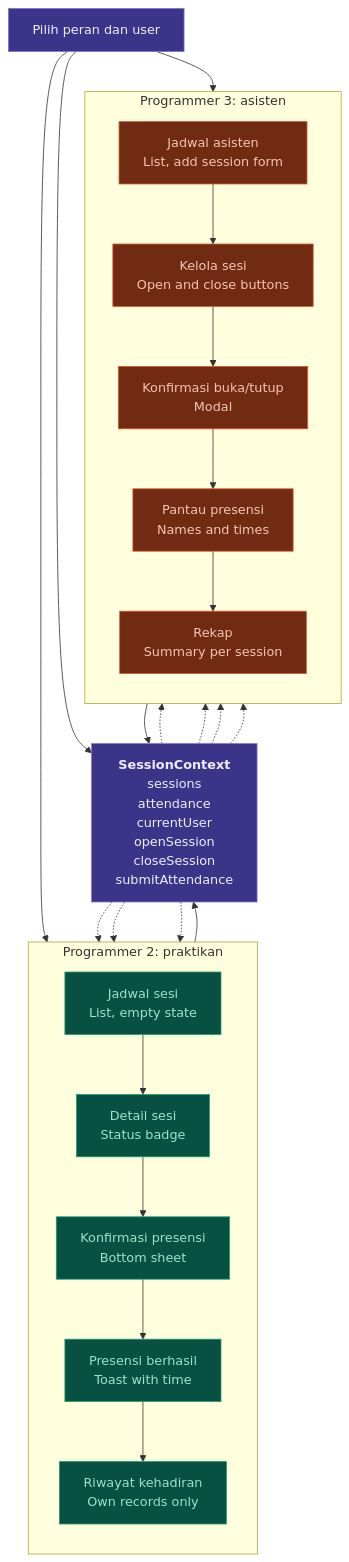
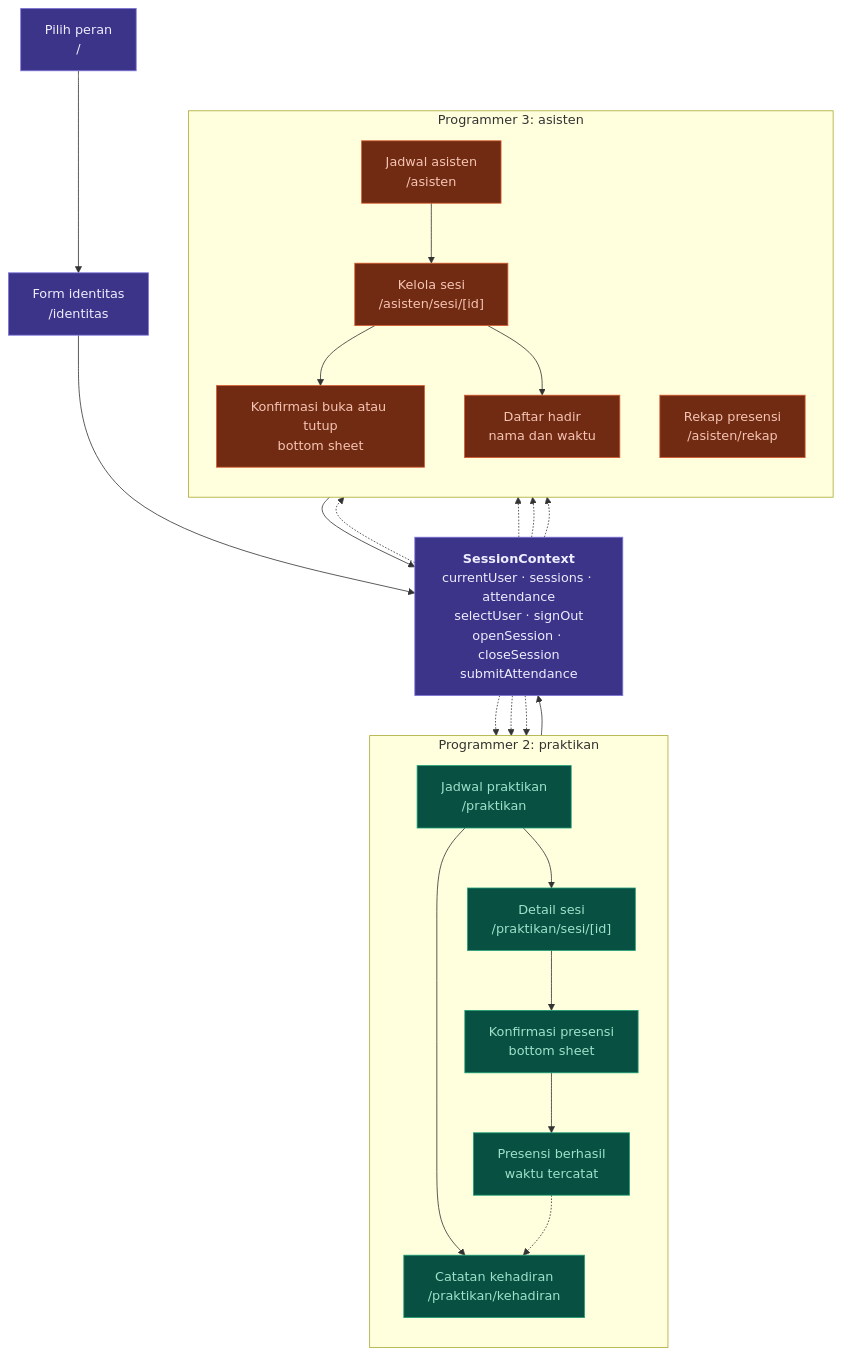
One commit to TahuatauTempeh/PPK-Praktikum-After-UTS changed the diagram in rancangan-pembagian-tugas.md. Above: the diagram before and after it, drawn with Mermaid. The commit also changed other lines of this file, not shown here.

````diff
--- a/rancangan-pembagian-tugas.md
+++ b/rancangan-pembagian-tugas.md
@@ -148,48 +353,52 @@
 ```mermaid
 flowchart TB
-    START["Pilih peran dan user"]
+    START["Pilih peran<br/>/"]
+    IDENT["Form identitas<br/>/identitas"]
 
-    CTX["<b>SessionContext</b><br/>sessions<br/>attendance<br/>currentUser<br/>openSession<br/>closeSession<br/>submitAttendance"]
+    CTX["<b>SessionContext</b><br/>currentUser · sessions · attendance<br/>selectUser · signOut<br/>openSession · closeSession<br/>submitAttendance"]
 
     subgraph P2["Programmer 2: praktikan"]
         direction TB
-        A1["Jadwal sesi<br/>List, empty state"]
-        A2["Detail sesi<br/>Status badge"]
-        A3["Konfirmasi presensi<br/>Bottom sheet"]
-        A4["Presensi berhasil<br/>Toast with time"]
-        A5["Riwayat kehadiran<br/>Own records only"]
-        A1 --> A2 --> A3 --> A4 --> A5
+        A1["Jadwal praktikan<br/>/praktikan"]
+        A2["Detail sesi<br/>/praktikan/sesi/[id]"]
+        A3["Konfirmasi presensi<br/>bottom sheet"]
+        A4["Presensi berhasil<br/>waktu tercatat"]
+        A5["Catatan kehadiran<br/>/praktikan/kehadiran"]
+        A1 --> A2 --> A3 --> A4
+        A1 --> A5
     end
 
     subgraph P3["Programmer 3: asisten"]
         direction TB
-        B1["Jadwal asisten<br/>List, add session form"]
-        B2["Kelola sesi<br/>Open and close buttons"]
-        B3["Konfirmasi buka/tutup<br/>Modal"]
-        B4["Pantau presensi<br/>Names and times"]
-        B5["Rekap<br/>Summary per session"]
-        B1 --> B2 --> B3 --> B4 --> B5
+        B1["Jadwal asisten<br/>/asisten"]
+        B2["Kelola sesi<br/>/asisten/sesi/[id]"]
+        B3["Konfirmasi buka atau tutup<br/>bottom sheet"]
+        B4["Daftar hadir<br/>nama dan waktu"]
+        B5["Rekap presensi<br/>/asisten/rekap"]
+        B1 --> B2
+        B2 --> B3
+        B2 --> B4
     end
 
-    START --> A1
-    START --> CTX
-    START --> B1
+    START --> IDENT
+    IDENT --> CTX
+    A3 --> CTX
+    B3 --> CTX
 
     CTX -.-> A1
     CTX -.-> A2
-    A3 --> CTX
     CTX -.-> A5
-
     CTX -.-> B1
     CTX -.-> B2
-    B3 --> CTX
     CTX -.-> B4
     CTX -.-> B5
+
+    A4 -.-> A5
 
     classDef shared fill:#3c3489,stroke:#7f77dd,color:#eeedfe
     classDef prak fill:#085041,stroke:#1d9e75,color:#9fe1cb
     classDef asis fill:#712b13,stroke:#d85a30,color:#f5c4b3
-    class START,CTX shared
+    class START,IDENT,CTX shared
     class A1,A2,A3,A4,A5 prak
     class B1,B2,B3,B4,B5 asis
 ```
````
